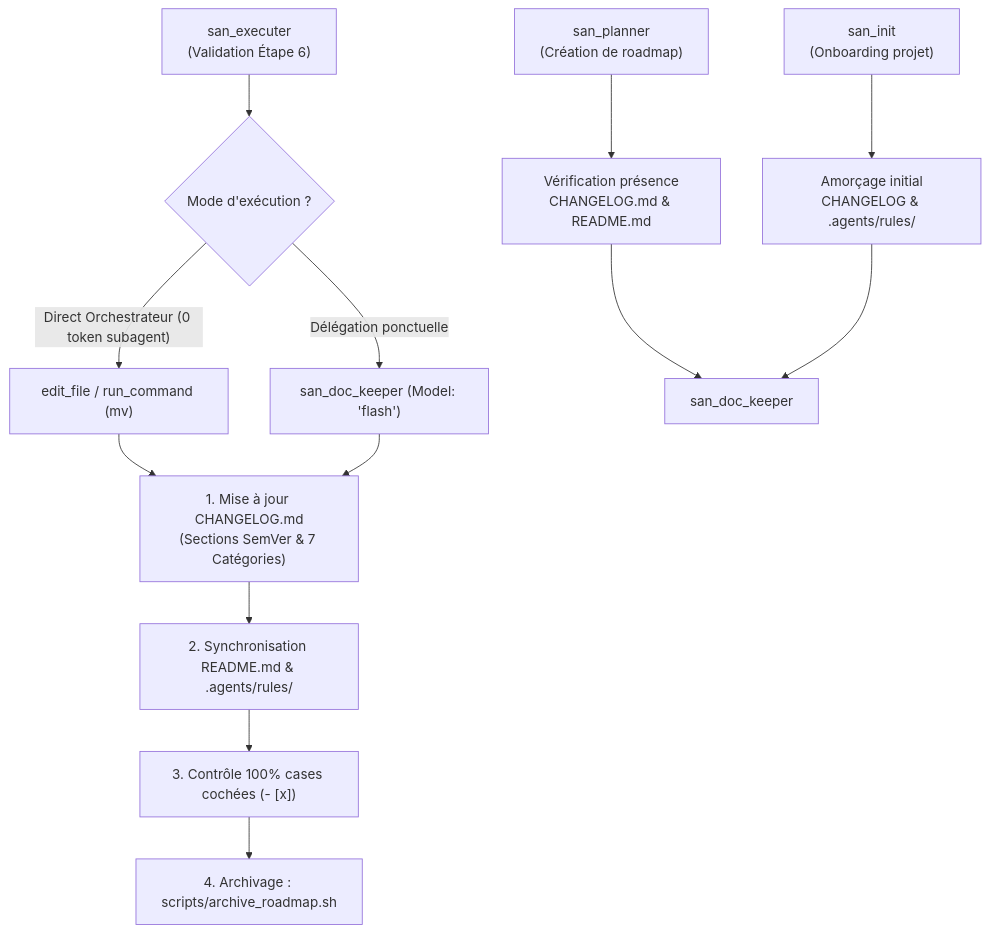
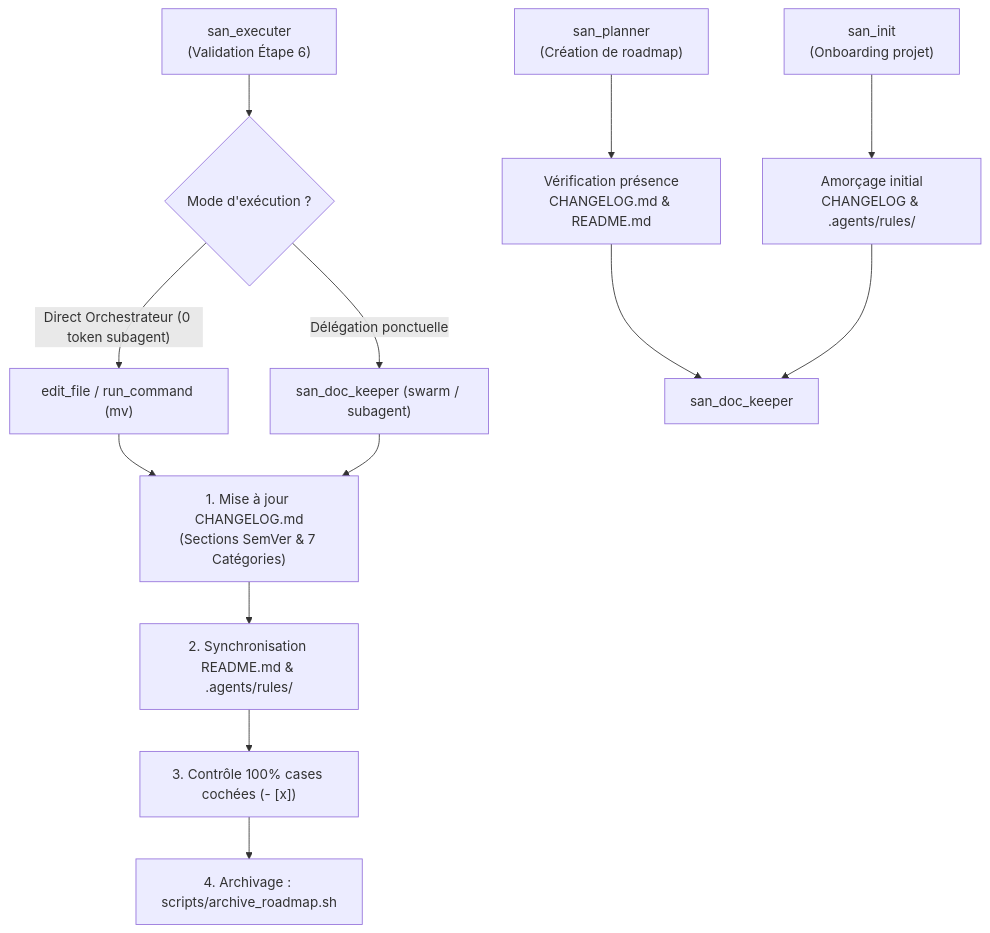
The first of 3 diagrams in sub-skills/san_doc_keeper.md (alexsan-dev/san_agy_framework), drawn with Mermaid before and after one commit. The commit also changed other lines of this file and 69 other files, not shown here.

````diff
--- a/sub-skills/san_doc_keeper.md
+++ b/sub-skills/san_doc_keeper.md
@@ -62,19 +66,19 @@
 ```mermaid
 flowchart TD
     Executer["san_executer\n(Validation Étape 6)"] --> FastTrack{"Mode d'exécution ?"}
     Planner["san_planner\n(Création de roadmap)"] --> InitCheck["Vérification présence\nCHANGELOG.md & README.md"]
     Init["san_init\n(Onboarding projet)"] --> Bootstrap["Amorçage initial\nCHANGELOG & .agents/rules/"]
     
     FastTrack -->|"Direct Orchestrateur (0 token subagent)"| DirectAction["edit_file / run_command (mv)"]
-    FastTrack -->|"Délégation ponctuelle"| FlashWorker["san_doc_keeper (Model: 'flash')"]
+    FastTrack -->|"Délégation ponctuelle"| DocWorker["san_doc_keeper (swarm / subagent)"]
     
     DirectAction --> Task1["1. Mise à jour CHANGELOG.md\n(Sections SemVer & 7 Catégories)"]
-    FlashWorker --> Task1
+    DocWorker --> Task1
     
     Task1 --> Task2["2. Synchronisation README.md & .agents/rules/"]
     Task2 --> Task3["3. Contrôle 100% cases cochées (- [x])"]
     Task3 --> Task4["4. Archivage : scripts/archive_roadmap.sh"]
     
     InitCheck --> DocKeeper["san_doc_keeper"]
     Bootstrap --> DocKeeper
 ```
````
